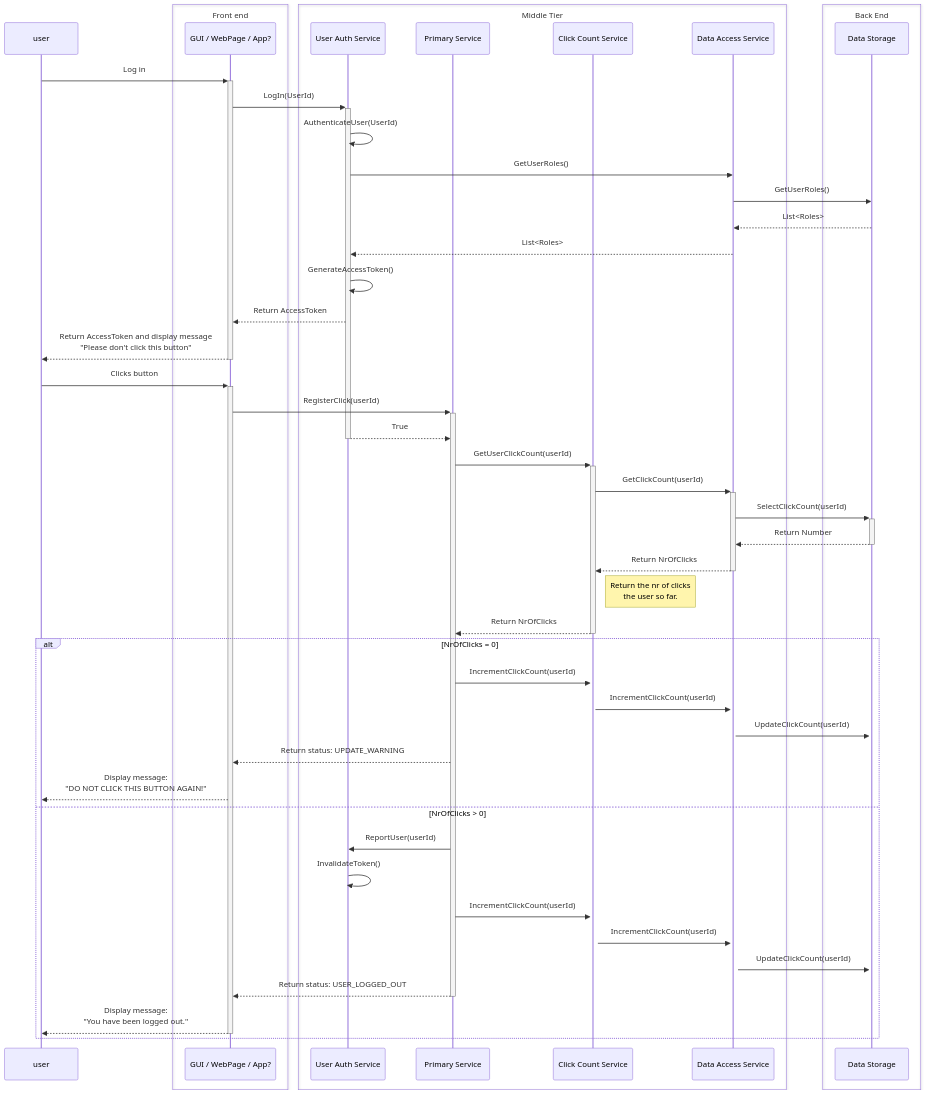
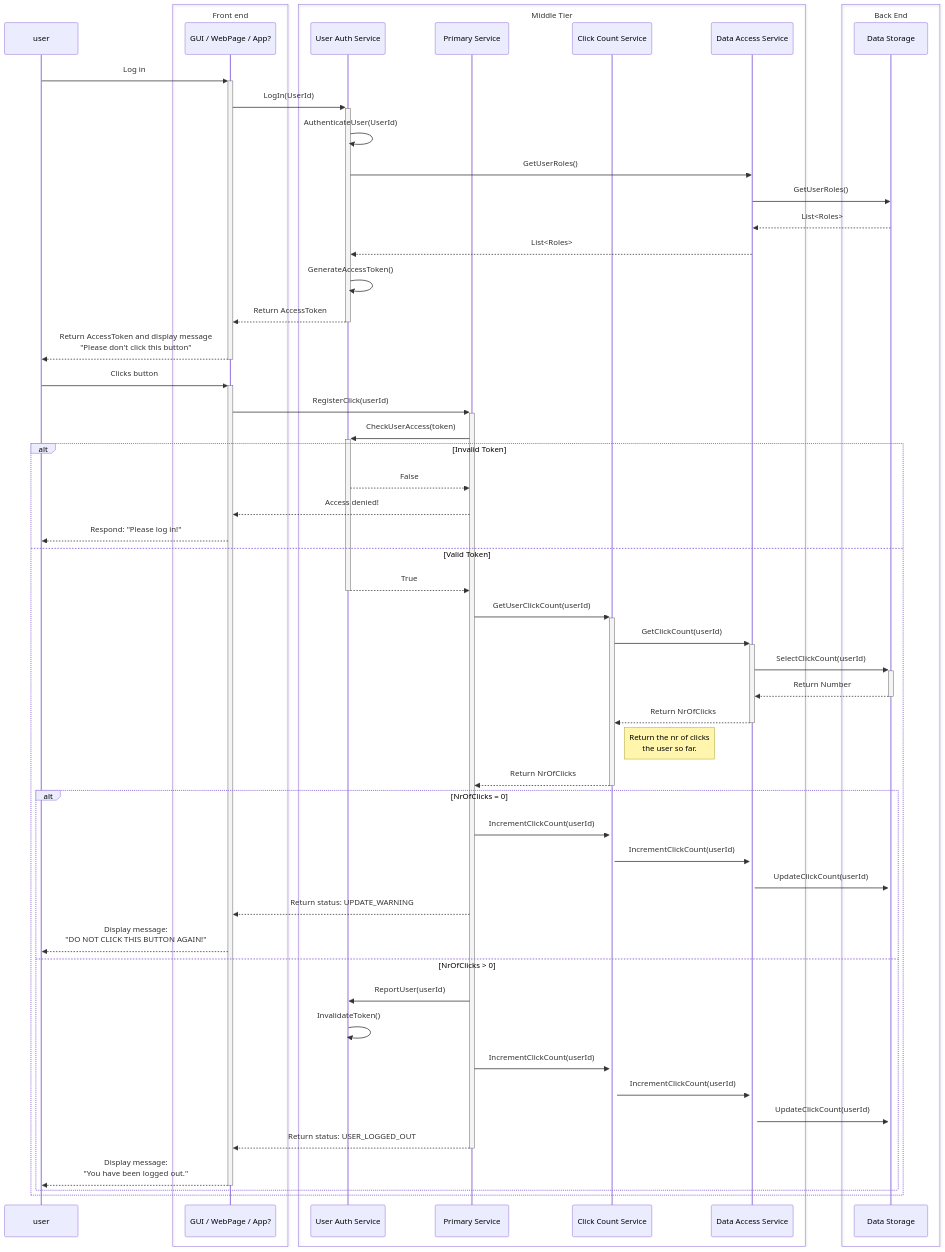
One commit to Kjartanl/mermaid changed the diagram in diagrams/07-sequence.md. Above: the diagram before and after it, drawn with Mermaid.

Commit message:
Sequence Step 4

````diff
--- a/diagrams/07-sequence.md
+++ b/diagrams/07-sequence.md
@@ -5,64 +5,72 @@
 ```mermaid
 sequenceDiagram
 
 participant U as user
    
 box Front end
     participant FE as GUI / WebPage / App?
 end
 
 box Middle Tier
     participant Auth as User Auth Service
     participant Svc as Primary Service
     participant Cc as Click Count Service
     participant Dal as Data Access Service
 end
 
 box Back End
     participant DB as Data Storage
 end
 
 ###########################
 ### User logs in 
 
 U->>+FE: Log in
 FE->>+Auth: LogIn(UserId)
 Auth->>Auth: AuthenticateUser(UserId)
 Auth->>Dal: GetUserRoles()
 Dal->>DB: GetUserRoles()
 DB-->>Dal: List<Roles>
 Dal-->>Auth: List<Roles>
 Auth->>Auth: GenerateAccessToken()
-Auth-->>FE: Return AccessToken
+Auth-->>-FE: Return AccessToken
 FE-->>-U: Return AccessToken and display message <br />"Please don't click this button"
 
 U->>+FE: Clicks button 
 FE->>+Svc: RegisterClick(userId)
 
+Svc->>+Auth: CheckUserAccess(token)
+alt Invalid Token
+    Auth-->>Svc: False
+    Svc-->>FE: Access denied!
+    FE-->>U: Respond: "Please log in!"
+
+else Valid Token
 
     Auth-->>-Svc: True
 
     Svc->>+Cc: GetUserClickCount(userId)
     Cc->>+Dal: GetClickCount(userId)
     Dal->>+DB: SelectClickCount(userId)
     DB-->>-Dal: Return Number
     Dal-->>-Cc: Return NrOfClicks 
     Note right of Cc: Return the nr of clicks <br /> the user so far.
     Cc-->>-Svc: Return NrOfClicks
 
     alt NrOfClicks = 0
         Svc->>+Cc: IncrementClickCount(userId)
         Cc->>+Dal: IncrementClickCount(userId)
         Dal->>+DB: UpdateClickCount(userId)
         Svc-->>FE: Return status: UPDATE_WARNING
         FE-->>U: Display message:<br />"DO NOT CLICK THIS BUTTON AGAIN!"
     else NrOfClicks > 0
         Svc->>Auth: ReportUser(userId)
         Auth->>Auth: InvalidateToken()
         Svc->>+Cc: IncrementClickCount(userId)
         Cc->>+Dal: IncrementClickCount(userId)
         Dal->>+DB: UpdateClickCount(userId)
         Svc-->>-FE: Return status: USER_LOGGED_OUT
         FE-->>-U: Display message:<br />"You have been logged out."
     end
+end
 ```
````
